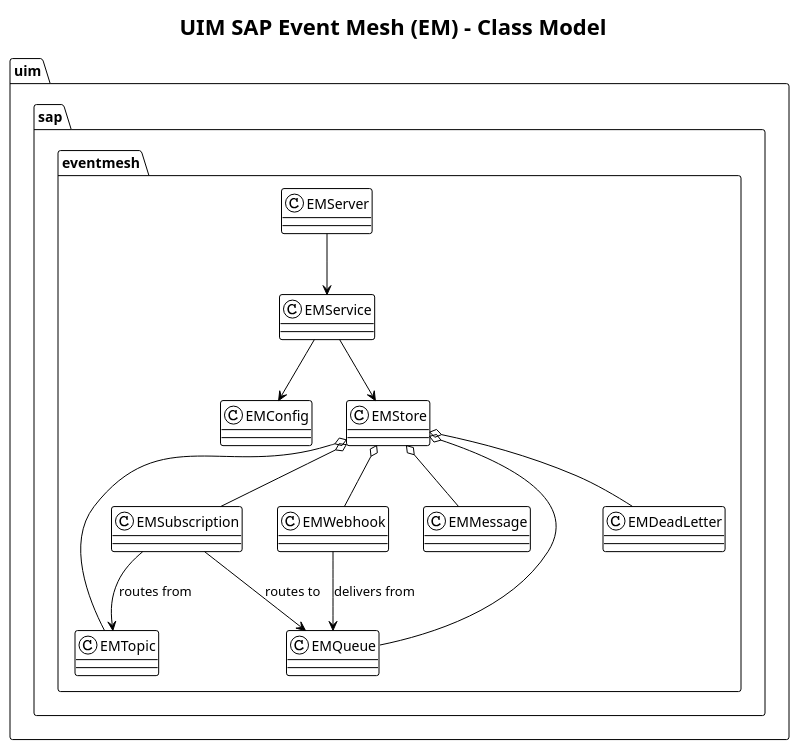
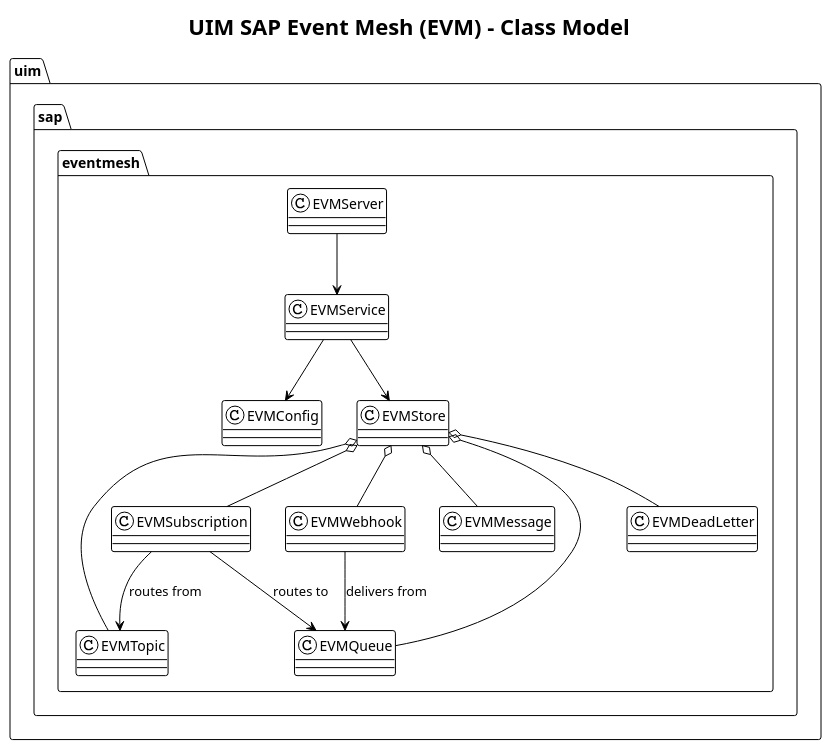
Before and after one commit to UIMSolutions/uim-sap-services: the diagram in event-mesh/docs/uml/class-model.puml, drawn with PlantUML. The commit also changed 25 other files, not shown here.

First line of the commit message:
Refactor event mesh classes and exceptions to use EVM prefix

```diff
--- a/event-mesh/docs/uml/class-model.puml
+++ b/event-mesh/docs/uml/class-model.puml
@@ -1,34 +1,34 @@
 @startuml class_model
 !theme plain
 
-title UIM SAP Event Mesh (EM) - Class Model
+title UIM SAP Event Mesh (EVM) - Class Model
 
 package "uim.sap.eventmesh" {
-  class EMConfig
-  class EMServer
-  class EMService
-  class EMStore
+  class EVMConfig
+  class EVMServer
+  class EVMService
+  class EVMStore
 
-  class EMQueue
-  class EMTopic
-  class EMSubscription
-  class EMMessage
-  class EMWebhook
-  class EMDeadLetter
+  class EVMQueue
+  class EVMTopic
+  class EVMSubscription
+  class EVMMessage
+  class EVMWebhook
+  class EVMDeadLetter
 }
 
-EMServer --> EMService
-EMService --> EMConfig
-EMService --> EMStore
-EMStore o-- EMQueue
-EMStore o-- EMTopic
-EMStore o-- EMSubscription
-EMStore o-- EMMessage
-EMStore o-- EMWebhook
-EMStore o-- EMDeadLetter
+EVMServer --> EVMService
+EVMService --> EVMConfig
+EVMService --> EVMStore
+EVMStore o-- EVMQueue
+EVMStore o-- EVMTopic
+EVMStore o-- EVMSubscription
+EVMStore o-- EVMMessage
+EVMStore o-- EVMWebhook
+EVMStore o-- EVMDeadLetter
 
-EMSubscription --> EMTopic : routes from
-EMSubscription --> EMQueue : routes to
-EMWebhook --> EMQueue : delivers from
+EVMSubscription --> EVMTopic : routes from
+EVMSubscription --> EVMQueue : routes to
+EVMWebhook --> EVMQueue : delivers from
 
 @enduml
```
